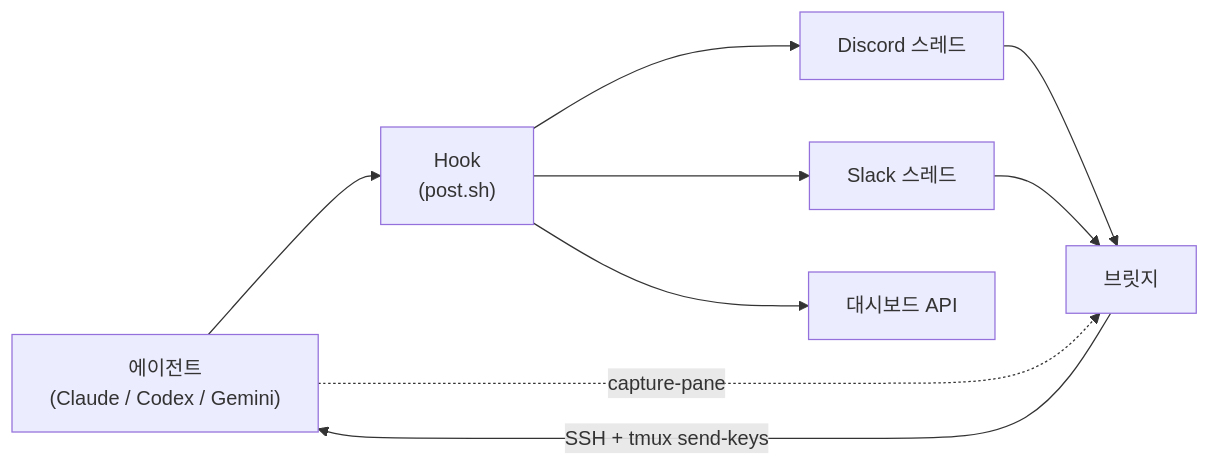
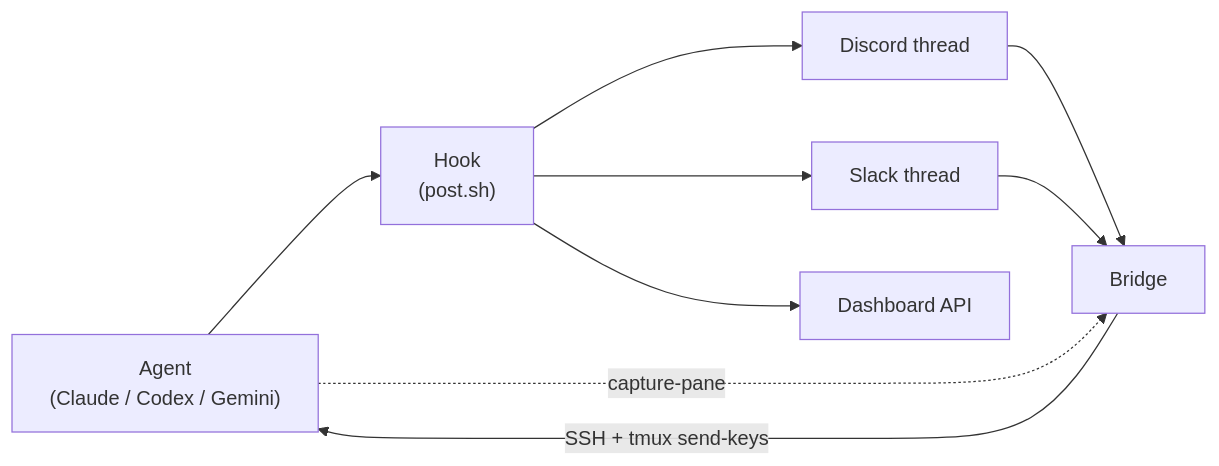
One commit to jiunbae/aily changed the diagram in README.ko.md. Above: the diagram before and after it, drawn with Mermaid. The commit also changed other lines of this file and 2 other files, not shown here.

````diff
--- a/README.ko.md
+++ b/README.ko.md
@@ -165,12 +174,12 @@
 ```mermaid
 flowchart LR
-    A["에이전트\n(Claude / Codex / Gemini)"] --> B["Hook\n(post.sh)"]
-    B --> C["Discord 스레드"]
-    B --> D["Slack 스레드"]
-    B --> E["대시보드 API"]
+    A["Agent\n(Claude / Codex / Gemini)"] --> B["Hook\n(post.sh)"]
+    B --> C["Discord thread"]
+    B --> D["Slack thread"]
+    B --> E["Dashboard API"]
 
-    C --> F["브릿지"]
+    C --> F["Bridge"]
     D --> F
     F -->|"SSH + tmux send-keys"| A
     A -.->|"capture-pane"| F
 ```
````
